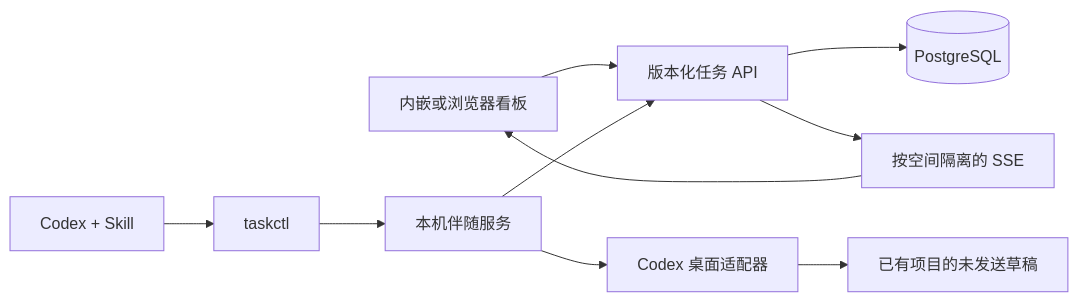
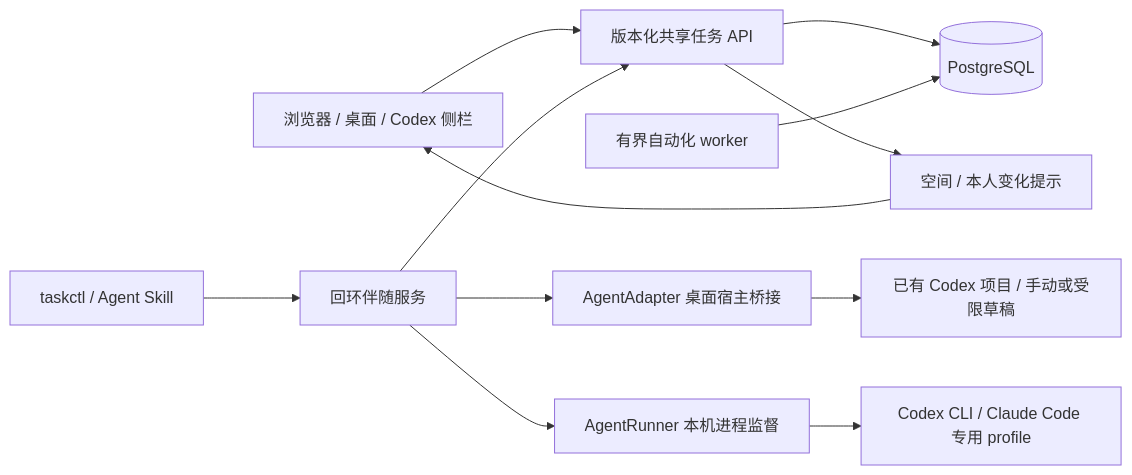
Before and after one commit to i-am-yimin/codex-taskboard: the diagram in docs/architecture.md, drawn with Mermaid. The commit also changed other lines of this file and 86 other files, not shown here.

````diff
--- a/docs/architecture.md
+++ b/docs/architecture.md
@@ -7,12 +7,14 @@
 ```mermaid
 flowchart LR
-  UI[内嵌或浏览器看板] --> API[版本化任务 API]
-  Codex[Codex + Skill] --> CLI[taskctl]
-  CLI --> Local[本机伴随服务]
+  UI[浏览器 / 桌面 / Codex 侧栏] --> API[版本化共享任务 API]
+  CLI[taskctl / Agent Skill] --> Local[回环伴随服务]
   Local --> API
-  Local --> Adapter[Codex 桌面适配器]
-  Adapter --> Draft[已有项目的未发送草稿]
+  Local --> Adapter[AgentAdapter 桌面宿主桥接]
+  Local --> Runner[AgentRunner 本机进程监督]
+  Adapter --> Desktop[已有 Codex 项目 / 手动或受限草稿]
+  Runner --> Tools[Codex CLI / Claude Code 专用 profile]
   API --> PG[(PostgreSQL)]
-  API --> SSE[按空间隔离的 SSE]
+  Worker[有界自动化 worker] --> PG
+  API --> SSE[空间 / 本人变化提示]
   SSE --> UI
 ```
````
